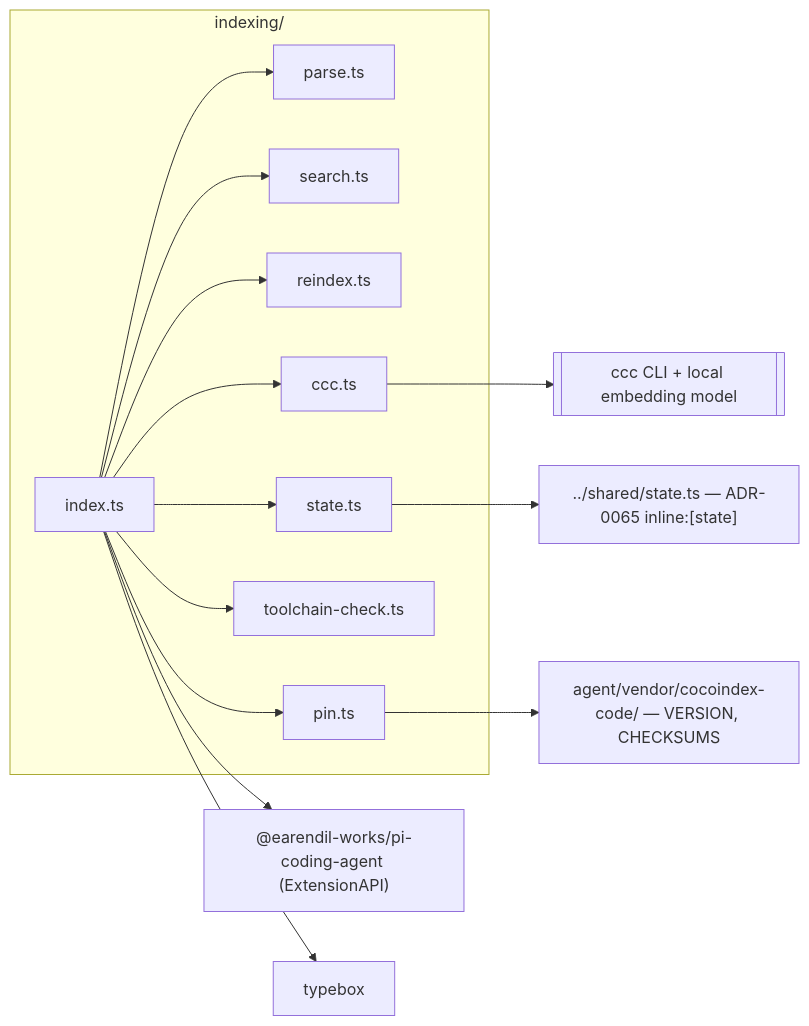
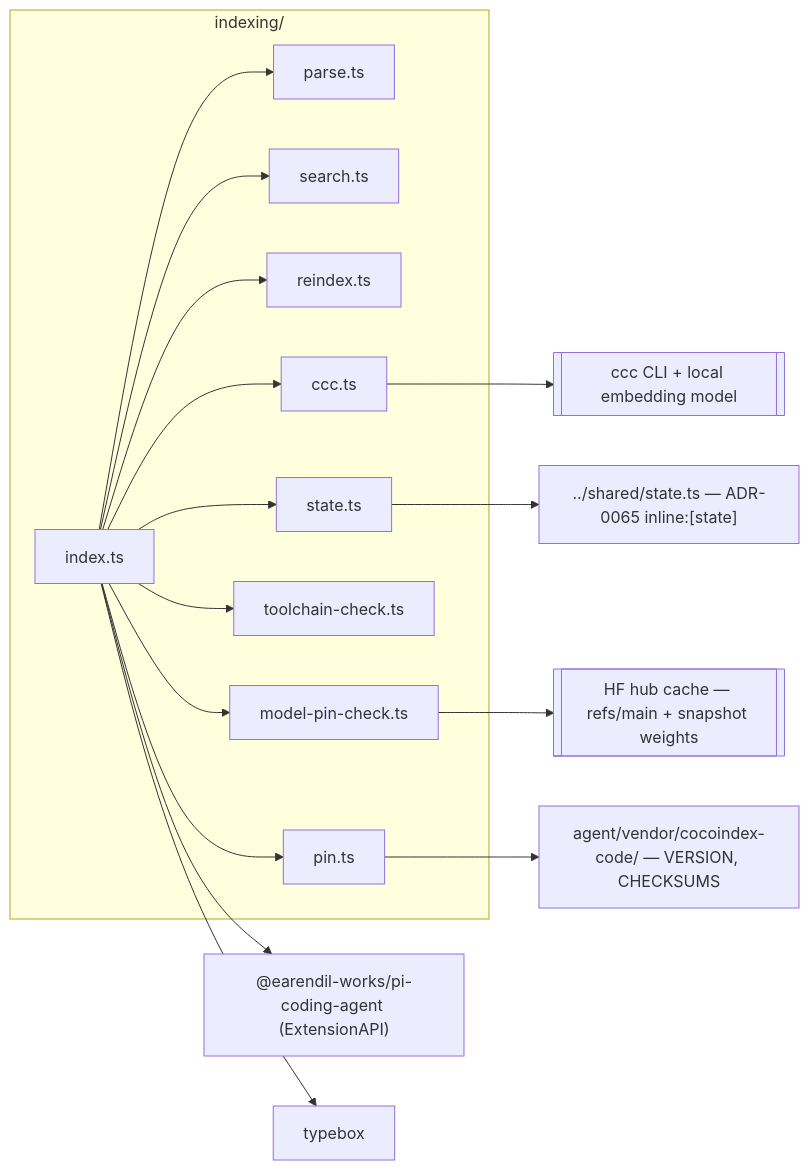
One commit to psmfd/pi-indexing changed the third of 3 diagrams in README.md. Above: the diagram before and after it, drawn with Mermaid. The commit also changed other lines of this file and 6 other files, not shown here.

````diff
--- a/README.md
+++ b/README.md
@@ -179,17 +184,19 @@
 ```mermaid
 flowchart LR
     subgraph ext["indexing/"]
         idx[index.ts] --> parse[parse.ts]
         idx --> search[search.ts]
         idx --> reindex[reindex.ts]
         idx --> ccc[ccc.ts]
         idx --> lstate[state.ts]
         idx --> tc[toolchain-check.ts]
+        idx --> mpc[model-pin-check.ts]
         idx --> pin[pin.ts]
     end
     lstate --> shared["../shared/state.ts — ADR-0065 inline:[state]"]
     ccc --> cccbin[["ccc CLI + local embedding model"]]
+    mpc --> hfcache[["HF hub cache — refs/main + snapshot weights"]]
     pin --> vendor["agent/vendor/cocoindex-code/ — VERSION, CHECKSUMS"]
     idx --> pisdk["@earendil-works/pi-coding-agent (ExtensionAPI)"]
     idx --> tb[typebox]
 ```
````
